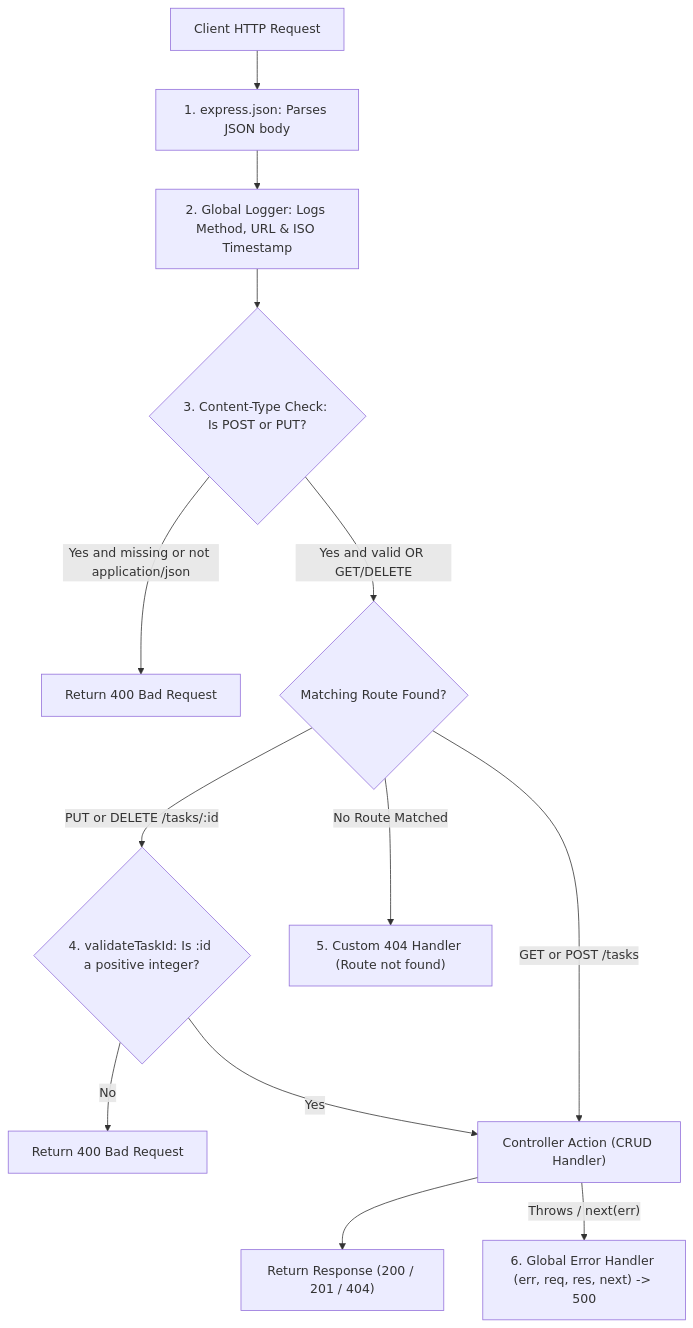
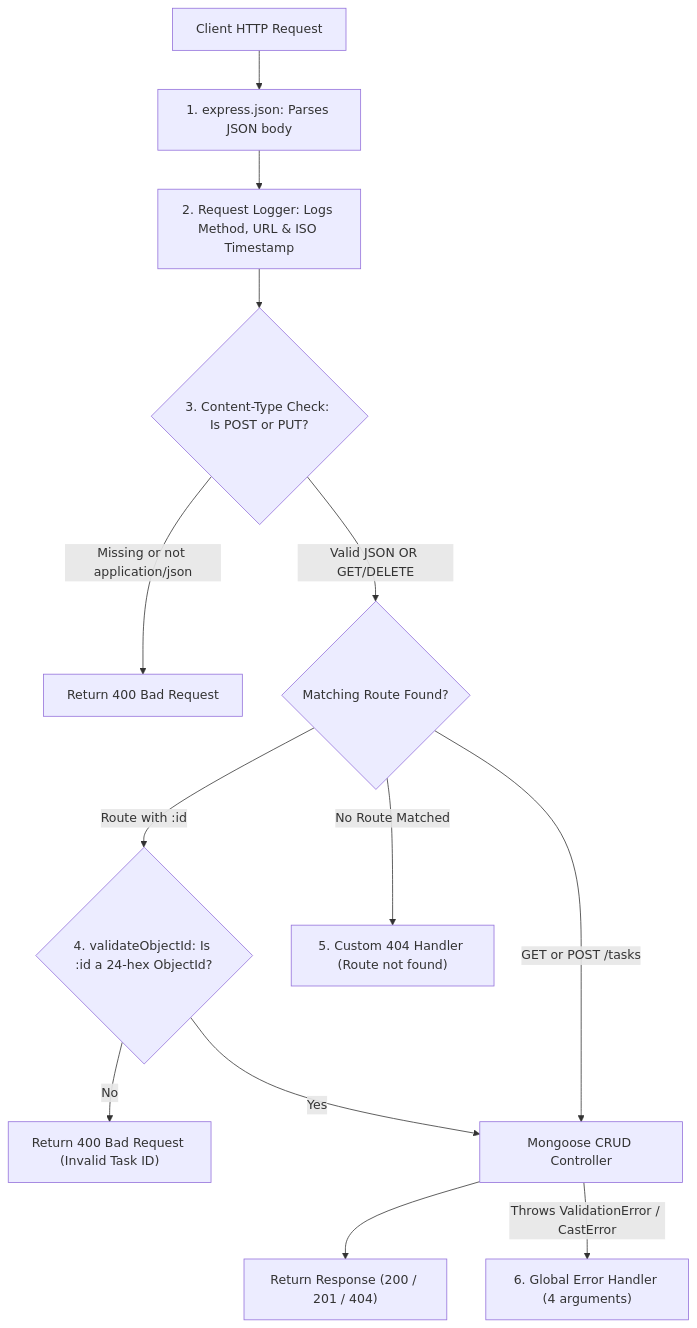
One commit to max7199/Prsctical5 changed the diagram in README.md. Above: the diagram before and after it, drawn with Mermaid. The commit also changed other lines of this file and 8 other files, not shown here.

````diff
--- a/README.md
+++ b/README.md
@@ -58,15 +172,15 @@
 ```mermaid
 flowchart TD
     ClientReq[Client HTTP Request] --> M1[1. express.json: Parses JSON body]
-    M1 --> M2["2. Global Logger: Logs Method, URL & ISO Timestamp"]
+    M1 --> M2["2. Request Logger: Logs Method, URL & ISO Timestamp"]
     M2 --> M3{"3. Content-Type Check: Is POST or PUT?"}
-    M3 -- Yes and missing or not application/json --> Err400["Return 400 Bad Request"]
-    M3 -- Yes and valid OR GET/DELETE --> RouteCheck{"Matching Route Found?"}
-    RouteCheck -- PUT or DELETE /tasks/:id --> M4{"4. validateTaskId: Is :id a positive integer?"}
-    M4 -- No --> ErrId400["Return 400 Bad Request"]
-    M4 -- Yes --> Handler["Controller Action (CRUD Handler)"]
+    M3 -- Missing or not application/json --> Err400["Return 400 Bad Request"]
+    M3 -- Valid JSON OR GET/DELETE --> RouteCheck{"Matching Route Found?"}
+    RouteCheck -- Route with :id --> M4{"4. validateObjectId: Is :id a 24-hex ObjectId?"}
+    M4 -- No --> ErrId400["Return 400 Bad Request (Invalid Task ID)"]
+    M4 -- Yes --> Handler["Mongoose CRUD Controller"]
     RouteCheck -- GET or POST /tasks --> Handler
     Handler --> SuccessResponse["Return Response (200 / 201 / 404)"]
     RouteCheck -- No Route Matched --> Custom404["5. Custom 404 Handler (Route not found)"]
-    Handler -- Throws / next(err) --> GlobalErrorHandler["6. Global Error Handler (err, req, res, next) -> 500"]
+    Handler -- Throws ValidationError / CastError --> GlobalErrorHandler["6. Global Error Handler (4 arguments)"]
 ```
````
